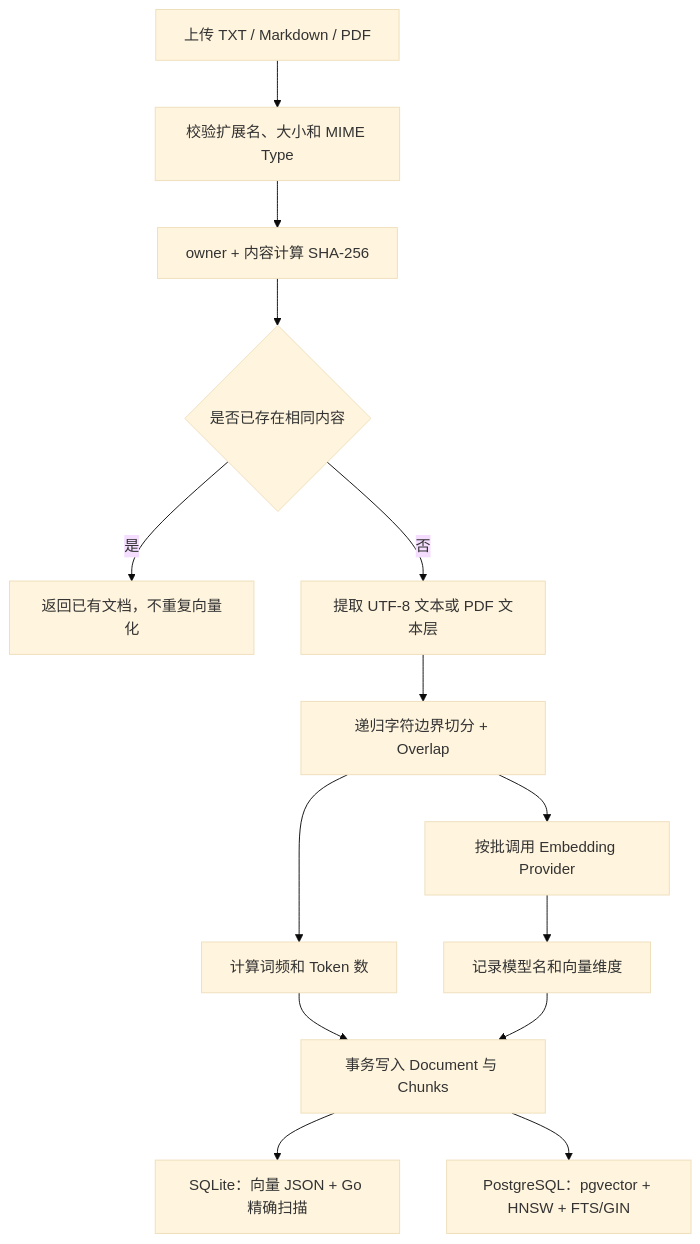
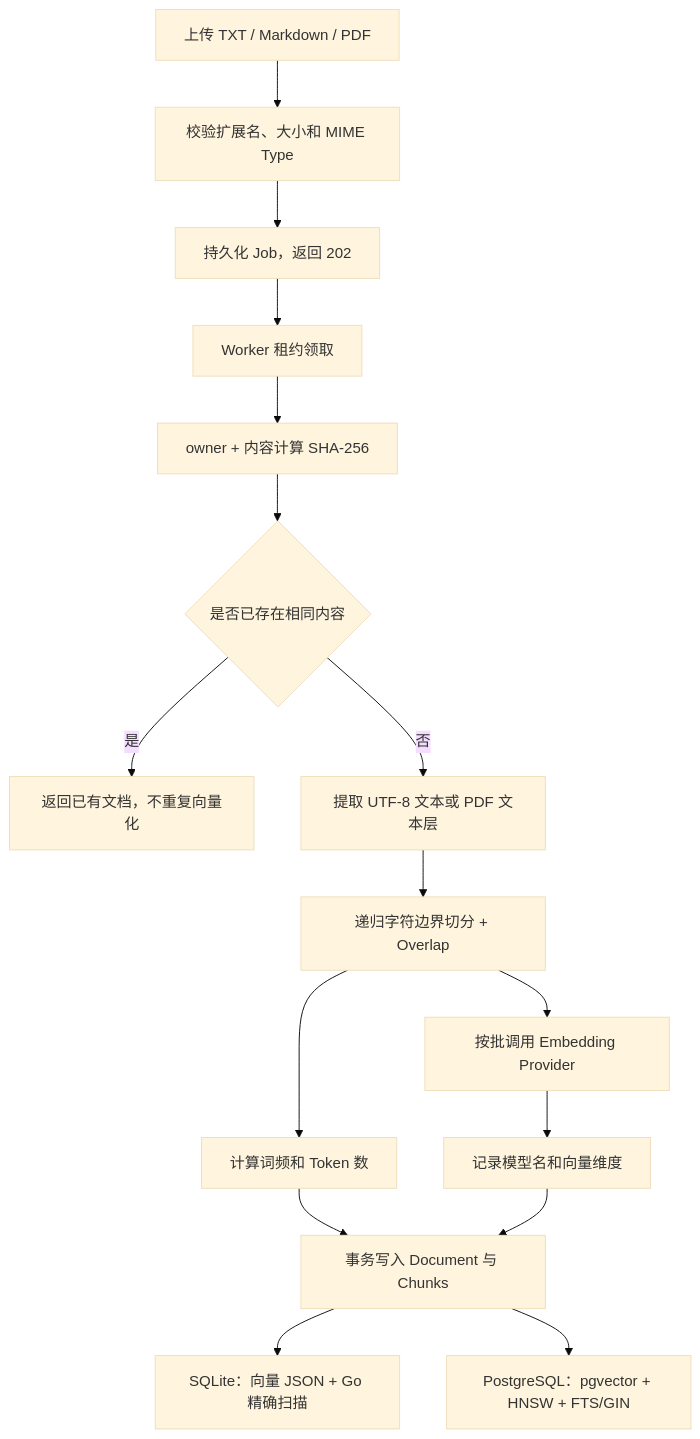
Before and after one commit to zora-DD/zora: the first of 2 diagrams in docs/interview-questions.md, drawn with Mermaid (base theme). The commit also changed other lines of this file and 34 other files, not shown here.

````diff
--- a/docs/interview-questions.md
+++ b/docs/interview-questions.md
@@ -19,16 +19,18 @@
 ```mermaid
 flowchart TD
     Upload["上传 TXT / Markdown / PDF"] --> Validate["校验扩展名、大小和 MIME Type"]
-    Validate --> Hash["owner + 内容计算 SHA-256"]
+    Validate --> Job["持久化 Job，返回 202"]
+    Job --> Worker["Worker 租约领取"]
+    Worker --> Hash["owner + 内容计算 SHA-256"]
     Hash --> Dedup{"是否已存在相同内容"}
     Dedup -- 是 --> Existing["返回已有文档，不重复向量化"]
     Dedup -- 否 --> Extract["提取 UTF-8 文本或 PDF 文本层"]
     Extract --> Chunk["递归字符边界切分 + Overlap"]
     Chunk --> Embed["按批调用 Embedding Provider"]
     Chunk --> Terms["计算词频和 Token 数"]
     Embed --> Model["记录模型名和向量维度"]
     Terms --> Persist["事务写入 Document 与 Chunks"]
     Model --> Persist
     Persist --> SQLite["SQLite：向量 JSON + Go 精确扫描"]
     Persist --> Postgres["PostgreSQL：pgvector + HNSW + FTS/GIN"]
 ```
````
